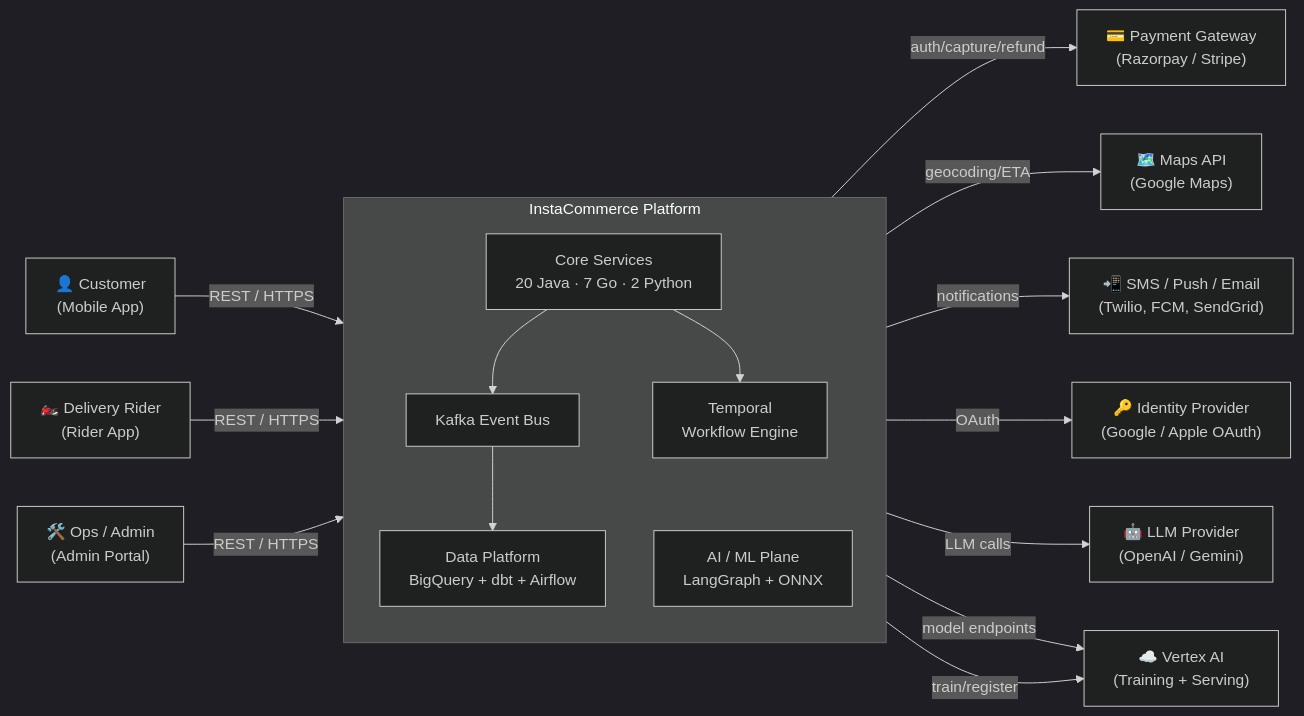
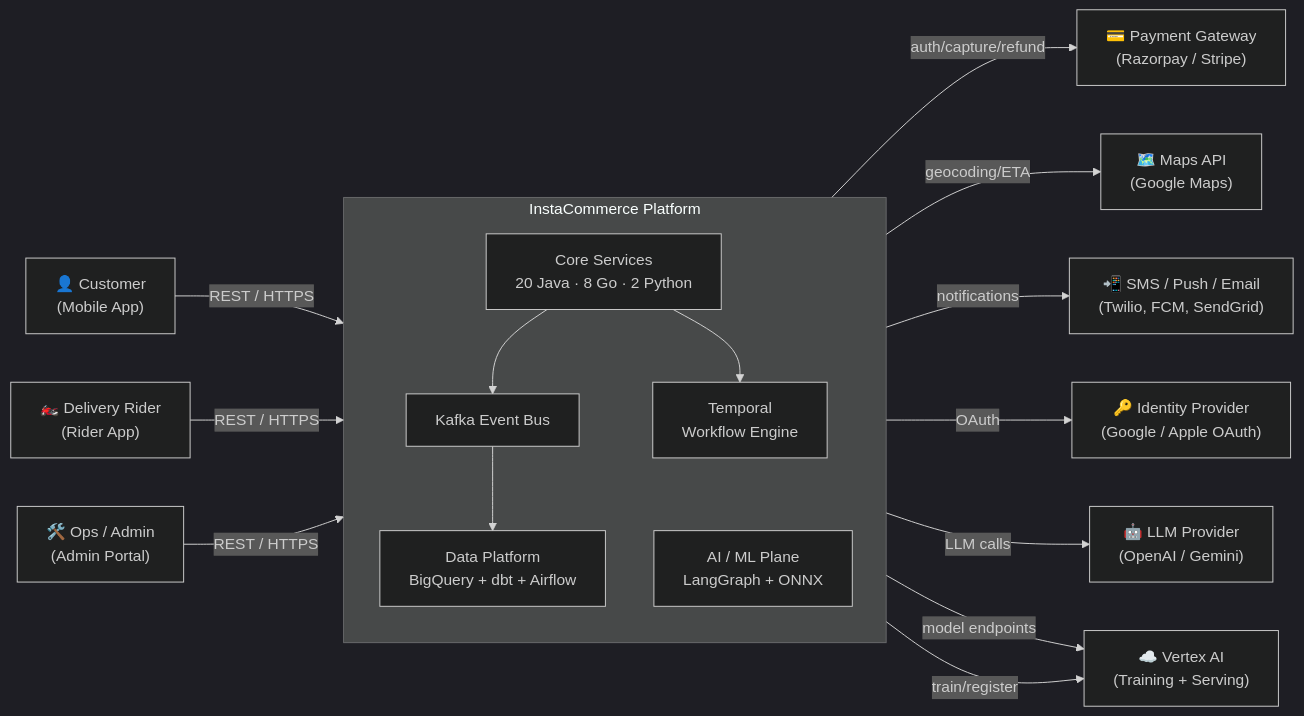
One commit to sunitakeazycommerz-a11y/InstaCommerce changed the second of 4 diagrams in README.md. Above: the diagram before and after it, drawn with Mermaid (dark theme). The commit also changed other lines of this file and 33 other files, not shown here.

````diff
--- a/README.md
+++ b/README.md
@@ -160,36 +160,36 @@
 ```mermaid
 flowchart LR
     Customer["👤 Customer\n(Mobile App)"]
     Rider["🏍️ Delivery Rider\n(Rider App)"]
     Ops["🛠️ Ops / Admin\n(Admin Portal)"]
 
     subgraph IC["InstaCommerce Platform"]
         direction TB
-        CoreSvc["Core Services\n20 Java · 7 Go · 2 Python"]
+        CoreSvc["Core Services\n20 Java · 8 Go · 2 Python"]
         KafkaBus["Kafka Event Bus"]
         TemporalWF["Temporal\nWorkflow Engine"]
         DataPlat["Data Platform\nBigQuery + dbt + Airflow"]
         AIPlane["AI / ML Plane\nLangGraph + ONNX"]
     end
 
     PayGW["💳 Payment Gateway\n(Razorpay / Stripe)"]
     Maps["🗺️ Maps API\n(Google Maps)"]
     SMS["📲 SMS / Push / Email\n(Twilio, FCM, SendGrid)"]
     IDP["🔑 Identity Provider\n(Google / Apple OAuth)"]
     LLM["🤖 LLM Provider\n(OpenAI / Gemini)"]
     VertexAI["☁️ Vertex AI\n(Training + Serving)"]
 
     Customer -->|REST / HTTPS| IC
     Rider -->|REST / HTTPS| IC
     Ops -->|REST / HTTPS| IC
 
     CoreSvc -->|auth/capture/refund| PayGW
     CoreSvc -->|geocoding/ETA| Maps
     CoreSvc -->|notifications| SMS
     CoreSvc -->|OAuth| IDP
     CoreSvc --> KafkaBus --> DataPlat
     CoreSvc --> TemporalWF
     AIPlane -->|LLM calls| LLM
     AIPlane -->|model endpoints| VertexAI
     DataPlat -->|train/register| VertexAI
 ```
````
